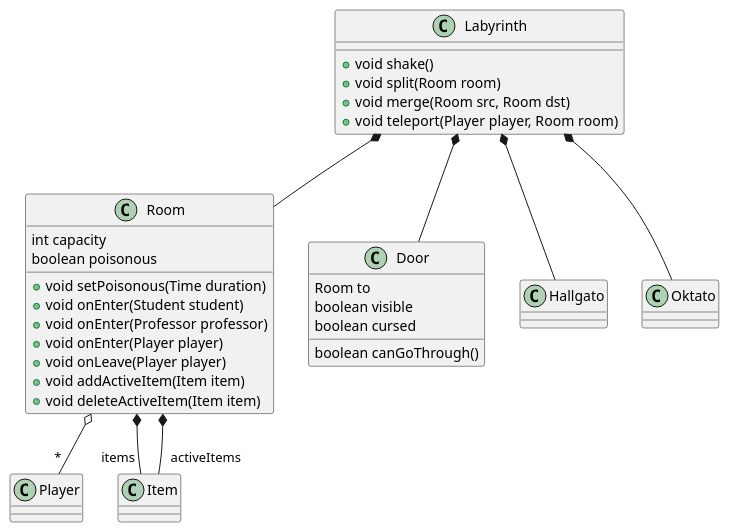
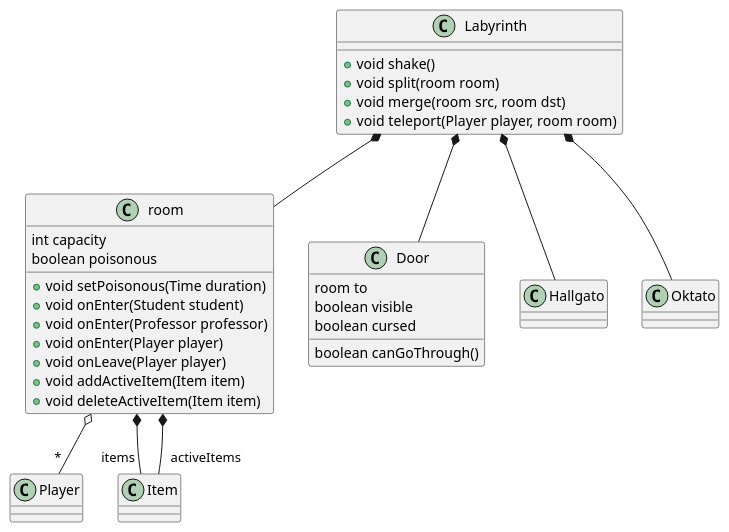
Before and after one commit to jajecnikmarci/ProjLab: the diagram in docs/labyrinth.puml, drawn with PlantUML. The commit also changed 17 other files, not shown here.

```diff
--- a/docs/labyrinth.puml
+++ b/docs/labyrinth.puml
@@ -1,32 +1,32 @@
 class Labyrinth {
     + void shake()
-    + void split(Room room)
-    + void merge(Room src, Room dst) 
-    + void teleport(Player player, Room room)
+    + void split(room room)
+    + void merge(room src, room dst)
+    + void teleport(Player player, room room)
 }
 
-class Room {
+class room {
     int capacity
     boolean poisonous
     + void setPoisonous(Time duration)
     + void onEnter(Student student)
     + void onEnter(Professor professor)
     + void onEnter(Player player)
     + void onLeave(Player player)
     + void addActiveItem(Item item)
     + void deleteActiveItem(Item item) 
 }
 class Door {
-    Room to 
+    room to
     boolean visible
     boolean cursed
     boolean canGoThrough() 
 }
 Labyrinth *-- Door
-Labyrinth *-- Room
+Labyrinth *-- room
 Labyrinth *-- Hallgato
 Labyrinth *-- Oktato
 
-Room o-- "*"  Player 
-Room *-- "items"  Item 
-Room *-- "activeItems"  Item 
+room o-- "*"  Player
+room *-- "items"  Item
+room *-- "activeItems"  Item
```
